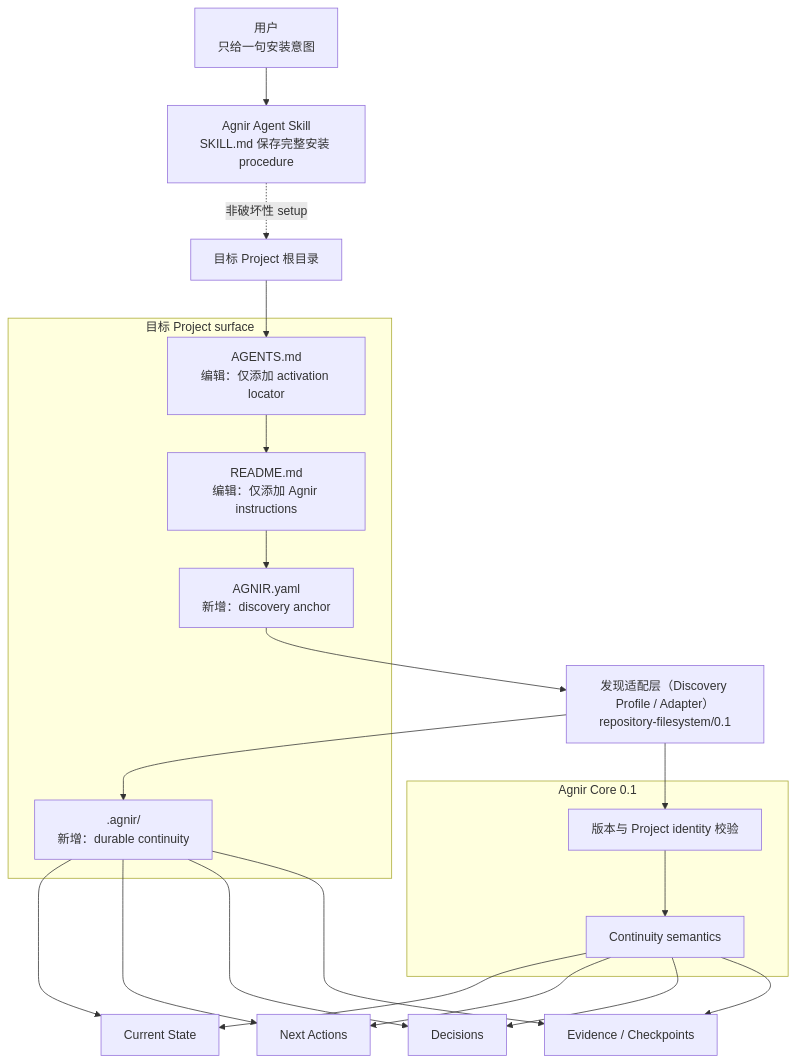
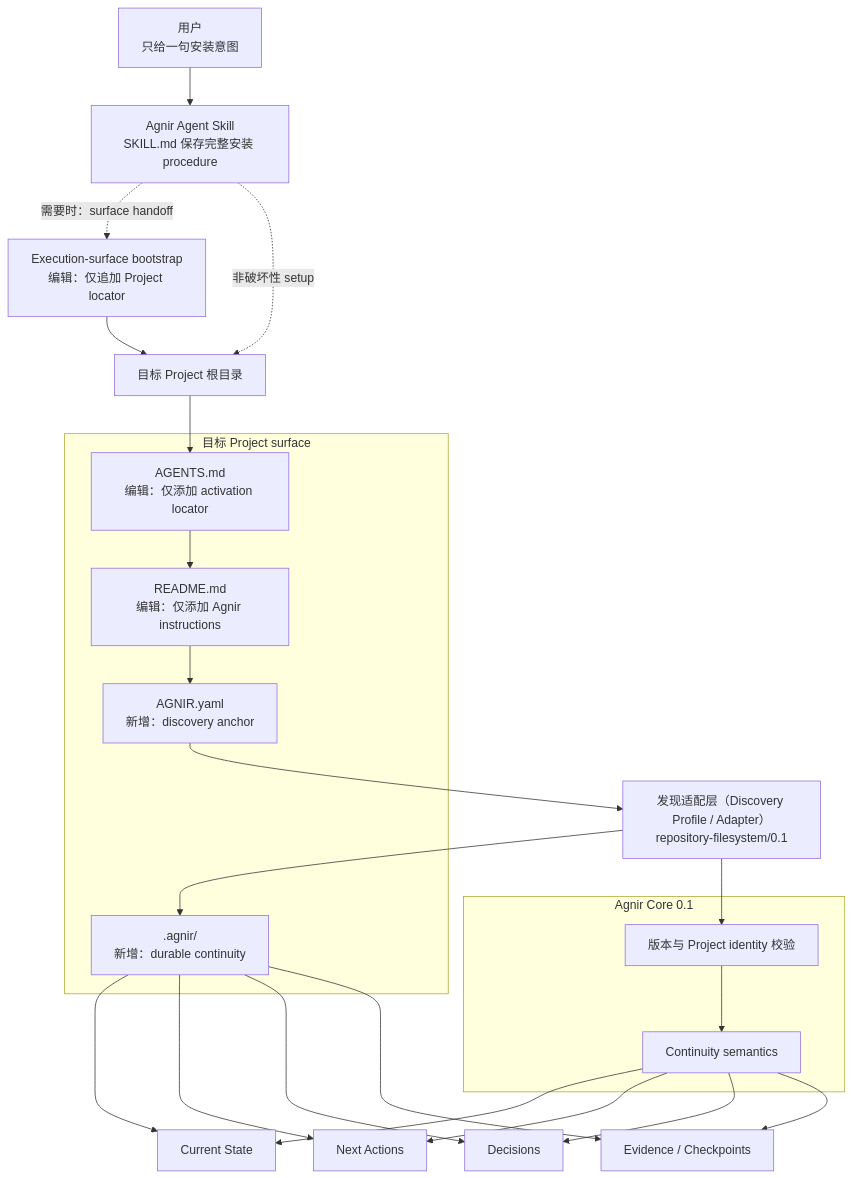
One commit to iorLab/agnir changed the first of 2 diagrams in README.zh-CN.md. Above: the diagram before and after it, drawn with Mermaid. The commit also changed other lines of this file and 2 other files, not shown here.

Commit message:
docs: explain execution-surface activation handoff

````diff
--- a/README.zh-CN.md
+++ b/README.zh-CN.md
@@ -83,33 +87,35 @@
 ```mermaid
 flowchart TB
     U["用户<br/>只给一句安装意图"] --> K["Agnir Agent Skill<br/>SKILL.md 保存完整安装 procedure"]
-    K -. "非破坏性 setup" .-> P["目标 Project 根目录"]
+    K -. "需要时：surface handoff" .-> X["Execution-surface bootstrap<br/>编辑：仅追加 Project locator"]
+    X --> P["目标 Project 根目录"]
+    K -. "非破坏性 setup" .-> P
 
     subgraph T["目标 Project surface"]
         G["AGENTS.md<br/>编辑：仅添加 activation locator"]
         H["README.md<br/>编辑：仅添加 Agnir instructions"]
         A["AGNIR.yaml<br/>新增：discovery anchor"]
         F[".agnir/<br/>新增：durable continuity"]
         G --> H --> A
     end
 
     P --> G
     A --> D["发现适配层（Discovery Profile / Adapter）<br/>repository-filesystem/0.1"]
     D --> V
     D --> F
 
     subgraph C[Agnir Core 0.1]
         V["版本与 Project identity 校验"]
         M["Continuity semantics"]
         V --> M
     end
 
     M --> S["Current State"]
     M --> N["Next Actions"]
     M --> J["Decisions"]
     M --> E["Evidence / Checkpoints"]
     F --> S
     F --> N
     F --> J
     F --> E
 ```
````
